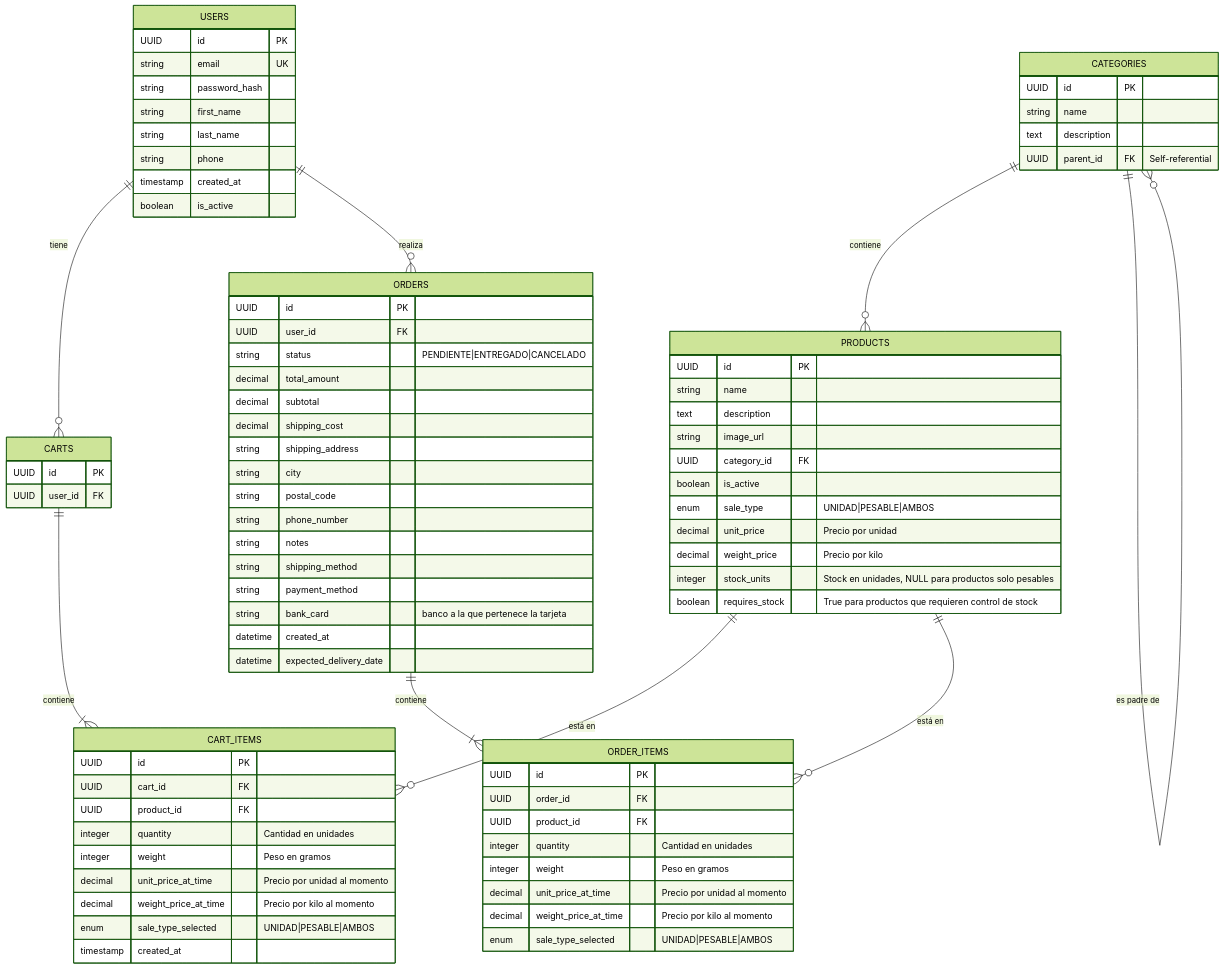
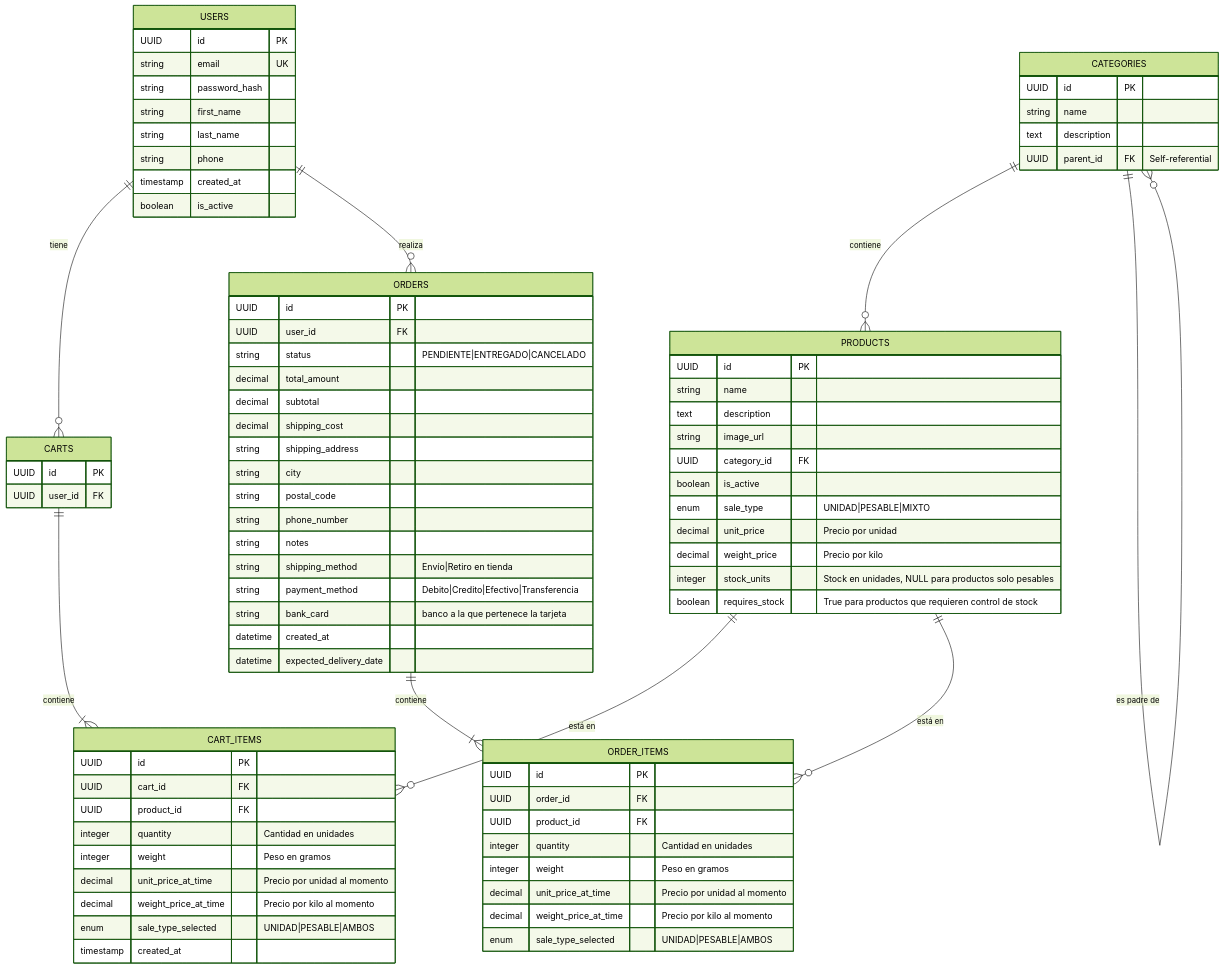
Before and after one commit to TomasSilvetti/PaginaWeb_Elpuesto: the diagram in docs/diagramaBaseDeDatos.md, drawn with Mermaid (forest theme). The commit also changed 20 other files, not shown here.

```diff
--- a/docs/diagramaBaseDeDatos.md
+++ b/docs/diagramaBaseDeDatos.md
@@ -29,7 +29,7 @@
         string image_url
         UUID category_id FK
         boolean is_active
-        enum sale_type "UNIDAD|PESABLE|AMBOS"
+        enum sale_type "UNIDAD|PESABLE|MIXTO"
         decimal unit_price "Precio por unidad"
         decimal weight_price "Precio por kilo"
         integer stock_units "Stock en unidades, NULL para productos solo pesables"
@@ -65,8 +65,8 @@
         string postal_code
         string phone_number
         string notes
-        string shipping_method
-        string payment_method
+        string shipping_method "Envío|Retiro en tienda"
+        string payment_method "Debito|Credito|Efectivo|Transferencia"
         string bank_card "banco a la que pertenece la tarjeta"
         datetime created_at
         datetime expected_delivery_date
```
